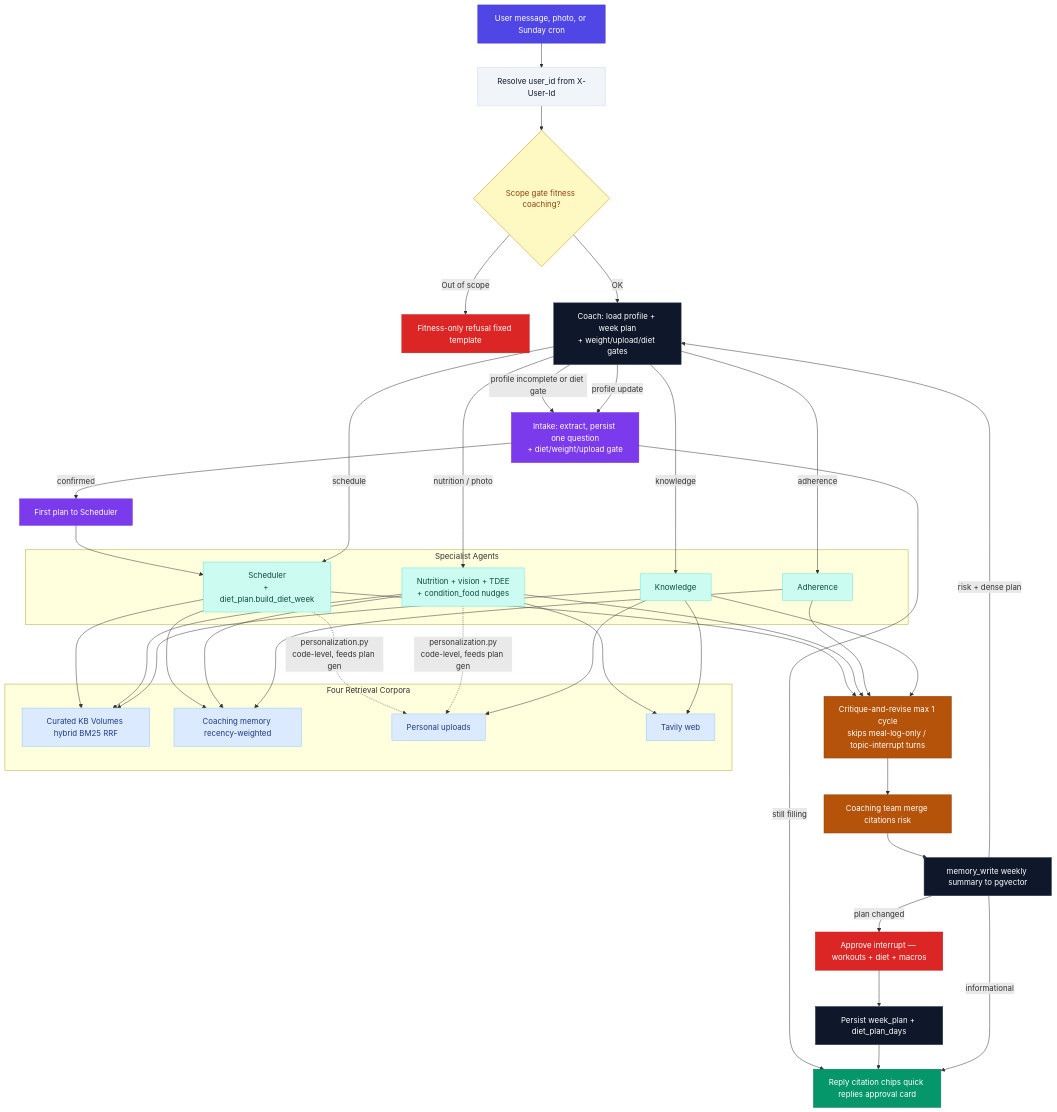
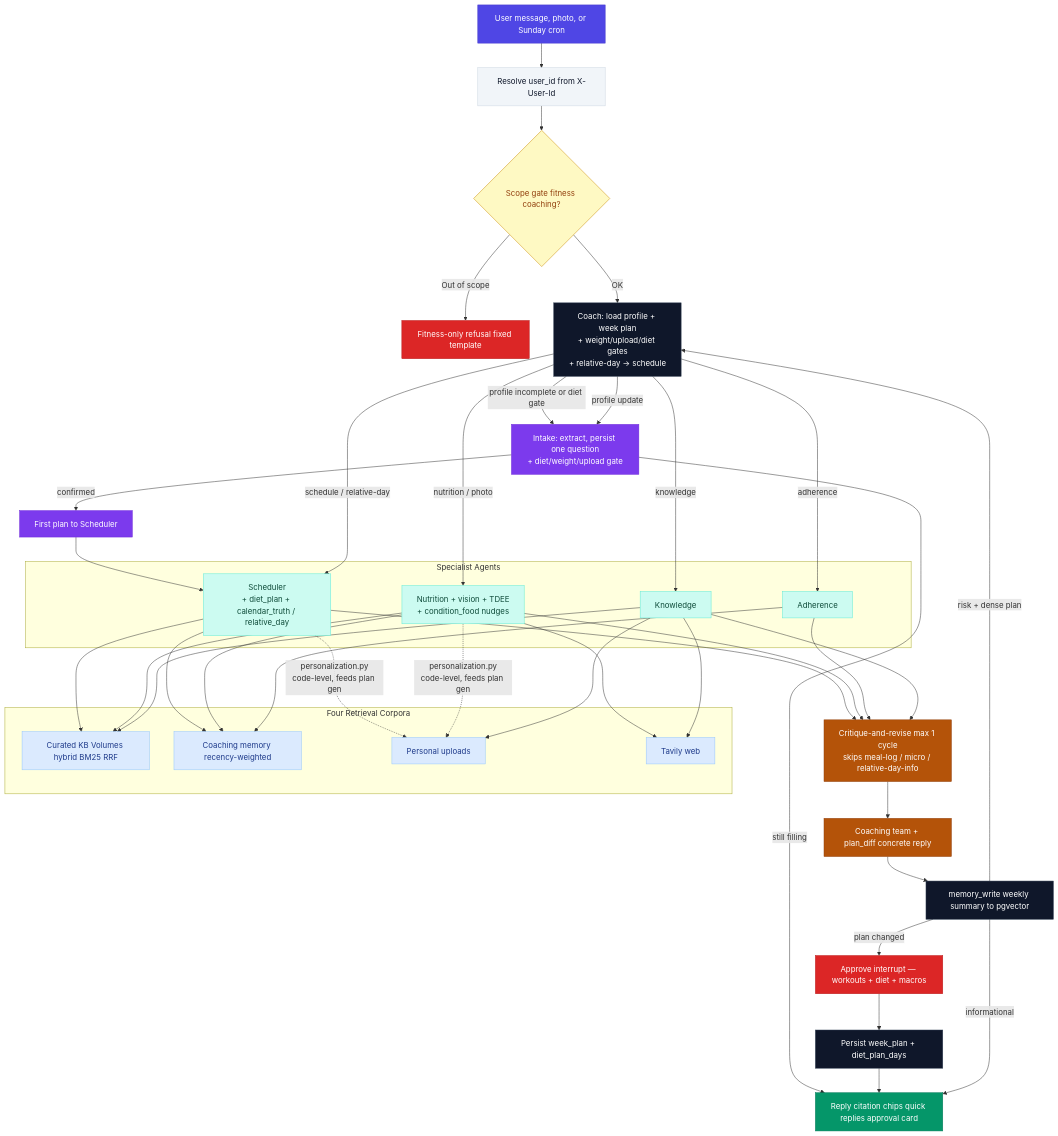
Before and after one commit to saurabhIU/SteadyFit: the third of 3 diagrams in deliverables.md, drawn with Mermaid. The commit also changed other lines of this file and 19 other files, not shown here.

Commit message:
roadmap.md added plus some bug fixes

```diff
--- a/deliverables.md
+++ b/deliverables.md
@@ -208,12 +209,12 @@
     UID[Resolve user_id from X-User-Id]
     SG{Scope gate fitness coaching?}
     REJ[Fitness-only refusal fixed template]
-    COACH[Coach: load profile + week plan<br/>+ weight/upload/diet gates]
+    COACH[Coach: load profile + week plan<br/>+ weight/upload/diet gates<br/>+ relative-day → schedule]
     INT[Intake: extract, persist one question<br/>+ diet/weight/upload gate]
     FIRST[First plan to Scheduler]
 
     subgraph SPECIALISTS[Specialist Agents]
-        SCH[Scheduler<br/>+ diet_plan.build_diet_week]
+        SCH[Scheduler<br/>+ diet_plan + calendar_truth / relative_day]
         NUT[Nutrition + vision + TDEE<br/>+ condition_food nudges]
         ADH[Adherence]
         KNOW[Knowledge]
@@ -226,8 +227,8 @@
         WEB[Tavily web]
     end
 
-    CRIT[Critique-and-revise max 1 cycle<br/>skips meal-log-only / topic-interrupt turns]
-    TEAM[Coaching team merge citations risk]
+    CRIT[Critique-and-revise max 1 cycle<br/>skips meal-log / micro / relative-day-info]
+    TEAM[Coaching team + plan_diff concrete reply]
     MWRITE[memory_write weekly summary to pgvector]
     HITL[Approve interrupt — workouts + diet + macros]
     SAVE[Persist week_plan + diet_plan_days]
@@ -242,7 +243,7 @@
     INT -->|confirmed| FIRST
     FIRST --> SCH
     COACH -->|profile update| INT
-    COACH -->|schedule| SCH
+    COACH -->|schedule / relative-day| SCH
     COACH -->|nutrition / photo| NUT
     COACH -->|adherence| ADH
     COACH -->|knowledge| KNOW
```
